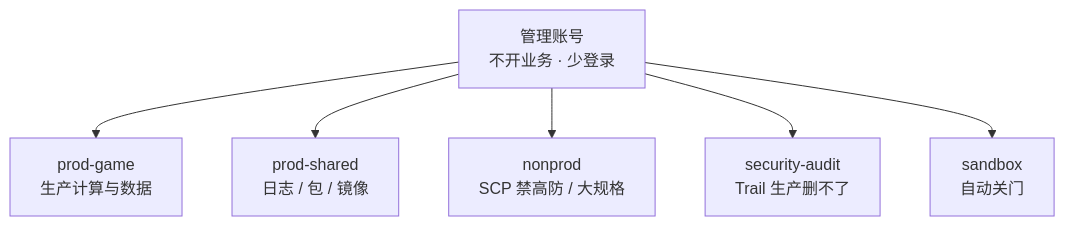
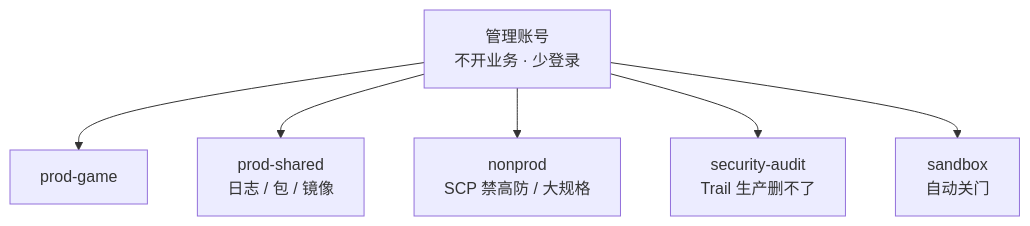
One commit to ml-cuizijun/LearnToLilith changed the third of 6 diagrams in 06-云平台/04-IAM与多账号/知识点.md. Above: the diagram before and after it, drawn with Mermaid. The commit also changed other lines of this file and 178 other files, not shown here.

````diff
--- a/06-云平台/04-IAM与多账号/知识点.md
+++ b/06-云平台/04-IAM与多账号/知识点.md
@@ -222,8 +185,8 @@
 ```mermaid
 flowchart TB
-    MGMT["管理账号<br/>不开业务 · 少登录"] --> PROD["prod-game<br/>生产计算与数据"]
+    MGMT["管理账号<br/>不开业务 · 少登录"] --> PROD["prod-game"]
     MGMT --> SHARED["prod-shared<br/>日志 / 包 / 镜像"]
     MGMT --> NONPROD["nonprod<br/>SCP 禁高防 / 大规格"]
     MGMT --> AUDIT["security-audit<br/>Trail 生产删不了"]
     MGMT --> SBX["sandbox<br/>自动关门"]
 ```
````
